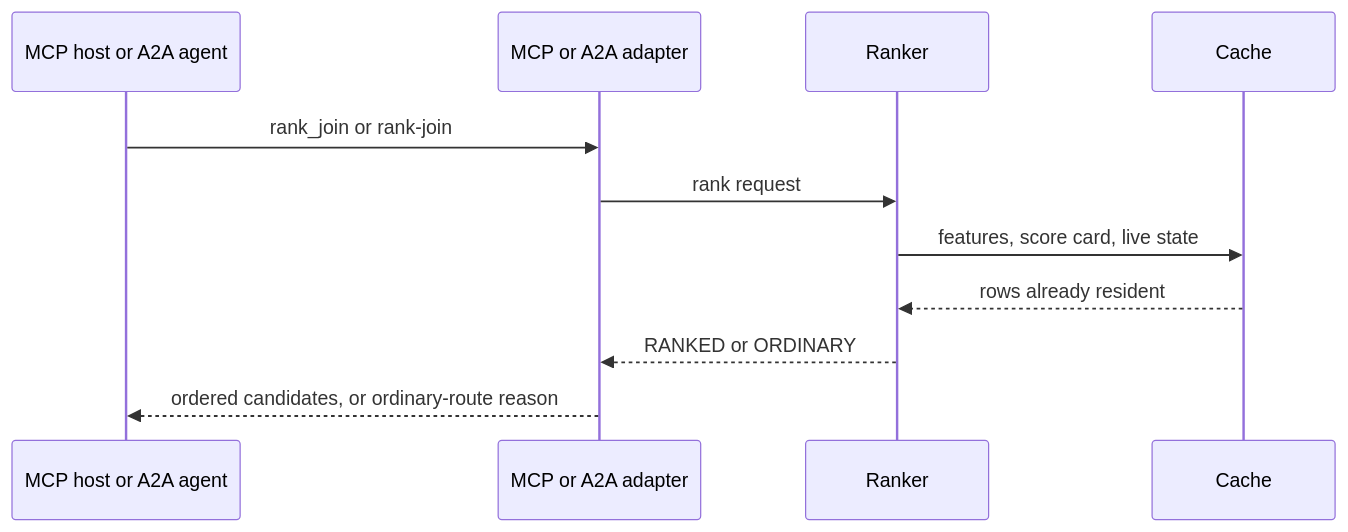
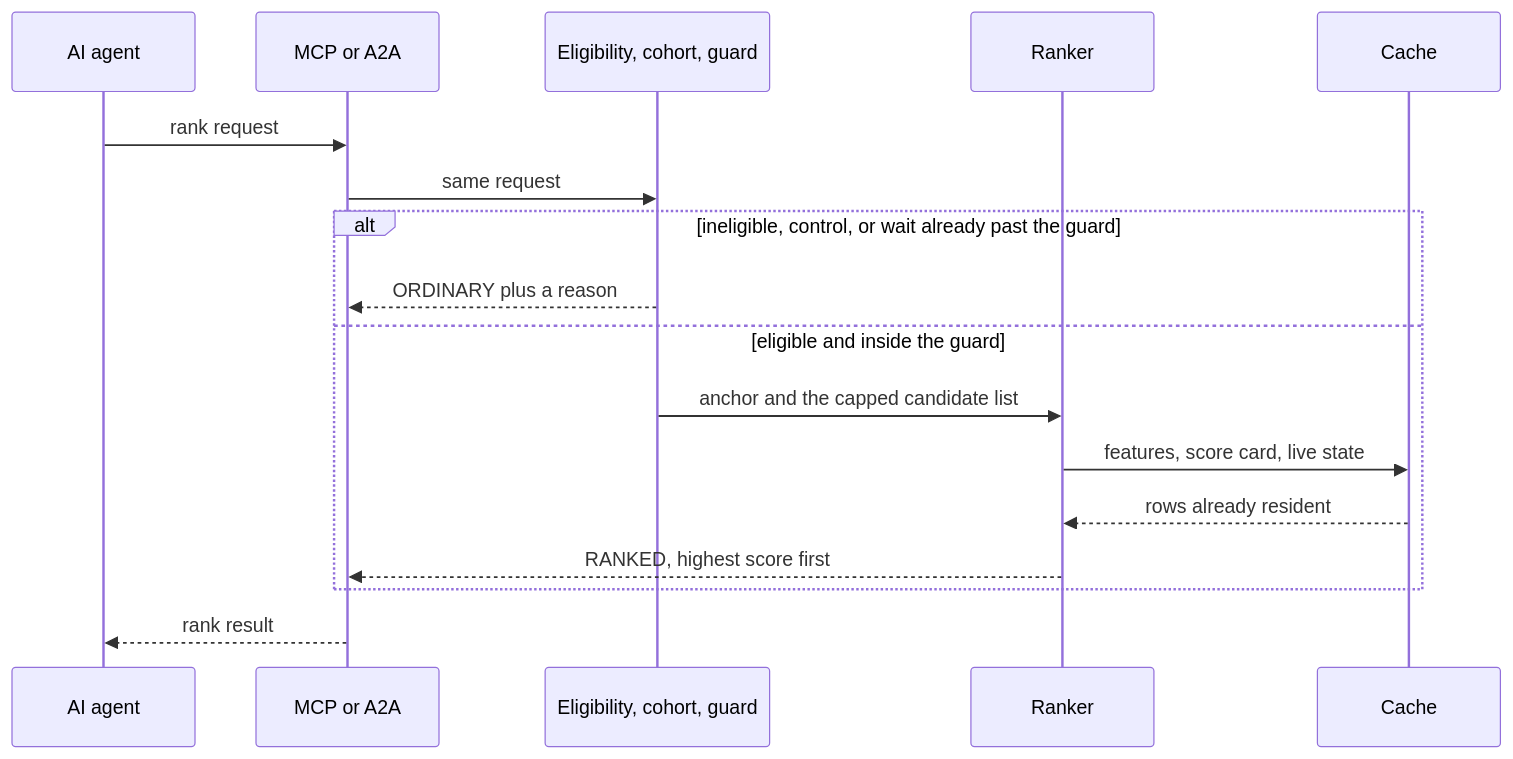
Before and after one commit to vikas-prasad-cx/pairgate: the seventh of 8 diagrams in docs/architecture.md, drawn with Mermaid. The commit also changed other lines of this file, not shown here.

First line of the commit message:
docs: show the rank request an agent sends and the decision that comes back

````diff
--- a/docs/architecture.md
+++ b/docs/architecture.md
@@ -224,14 +228,20 @@
 ```mermaid
 sequenceDiagram
-  participant Host as MCP host or A2A agent
-  participant Adapter as MCP or A2A adapter
+  participant Agent as AI agent
+  participant Adapter as MCP or A2A
+  participant Rules as Eligibility, cohort, guard
   participant Rank as Ranker
   participant Cache
 
-  Host->>Adapter: rank_join or rank-join
-  Adapter->>Rank: rank request
-  Rank->>Cache: features, score card, live state
-  Cache-->>Rank: rows already resident
-  Rank-->>Adapter: RANKED or ORDINARY
-  Adapter-->>Host: ordered candidates, or ordinary-route reason
+  Agent->>Adapter: rank request
+  Adapter->>Rules: same request
+  alt ineligible, control, or wait already past the guard
+    Rules-->>Adapter: ORDINARY plus a reason
+  else eligible and inside the guard
+    Rules->>Rank: anchor and the capped candidate list
+    Rank->>Cache: features, score card, live state
+    Cache-->>Rank: rows already resident
+    Rank-->>Adapter: RANKED, highest score first
+  end
+  Adapter-->>Agent: rank result
 ```
````
